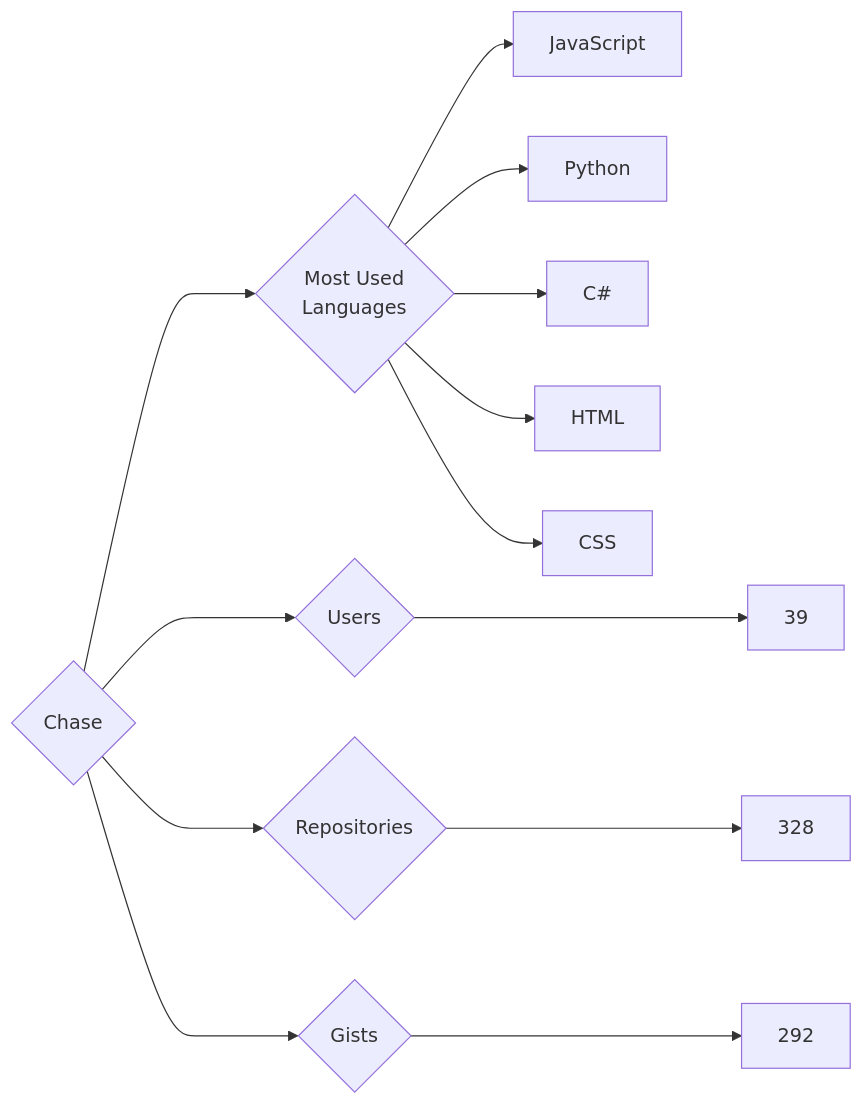
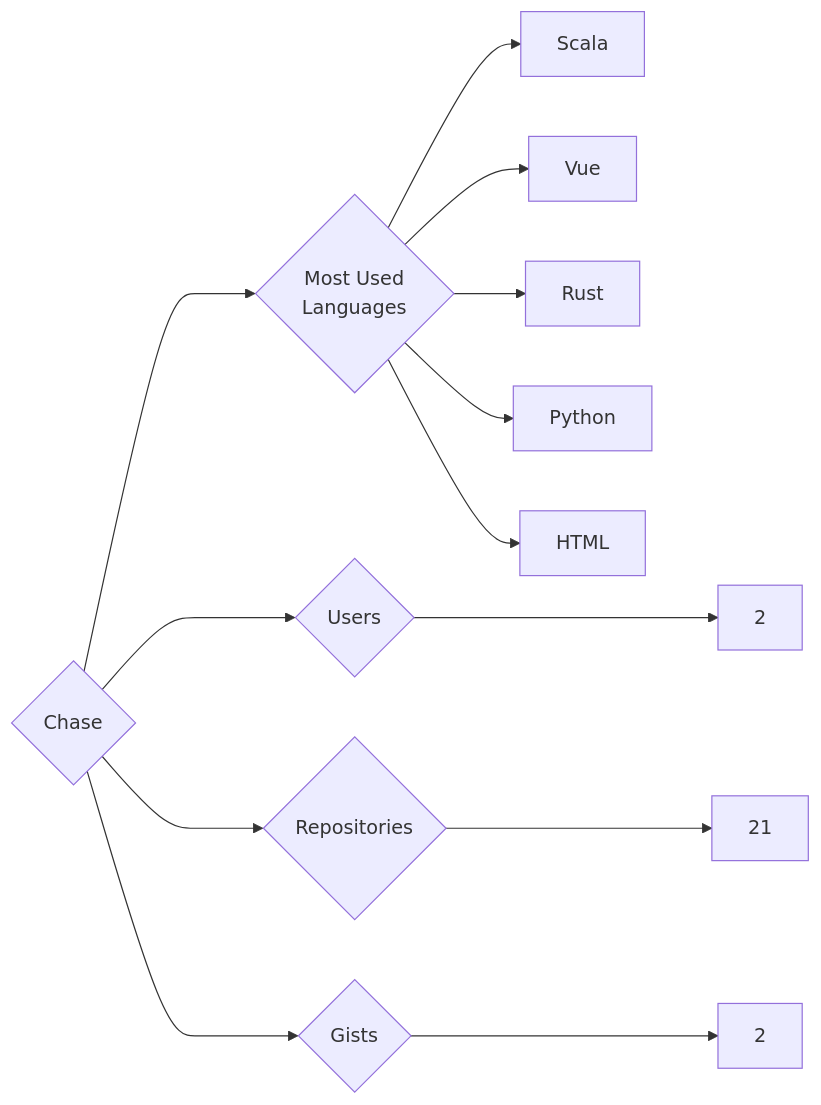
One commit to trickest/insiders changed the diagram in targets/Chase/README.md. Above: the diagram before and after it, drawn with Mermaid. The commit also changed 925 other files, not shown here.

````diff
--- a/targets/Chase/README.md
+++ b/targets/Chase/README.md
@@ -3,13 +3,13 @@
 ```mermaid
 graph LR
 COMPANY_NAME{Chase}
-COMPANY_NAME ---> U{Users} ---> UN[39]
-COMPANY_NAME ---> R{Repositories} ---> RN[328]
-COMPANY_NAME ---> G{Gists} ---> GN[292]
+COMPANY_NAME ---> U{Users} ---> UN[2]
+COMPANY_NAME ---> R{Repositories} ---> RN[21]
+COMPANY_NAME ---> G{Gists} ---> GN[2]
 COMPANY_NAME ---> ML{Most Used<br>Languages}
-ML --> JavaScript[JavaScript]
+ML --> Scala[Scala]
+ML --> Vue[Vue]
+ML --> Rust[Rust]
 ML --> Python[Python]
-ML --> C#[C#]
 ML --> HTML[HTML]
-ML --> CSS[CSS]
 ```
````
